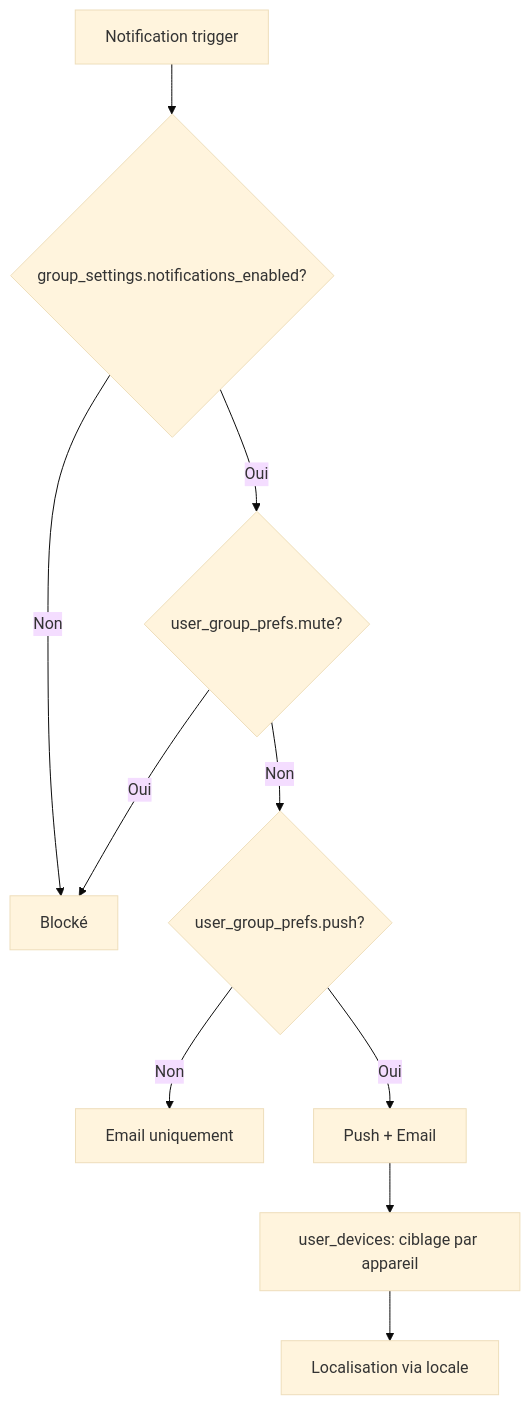
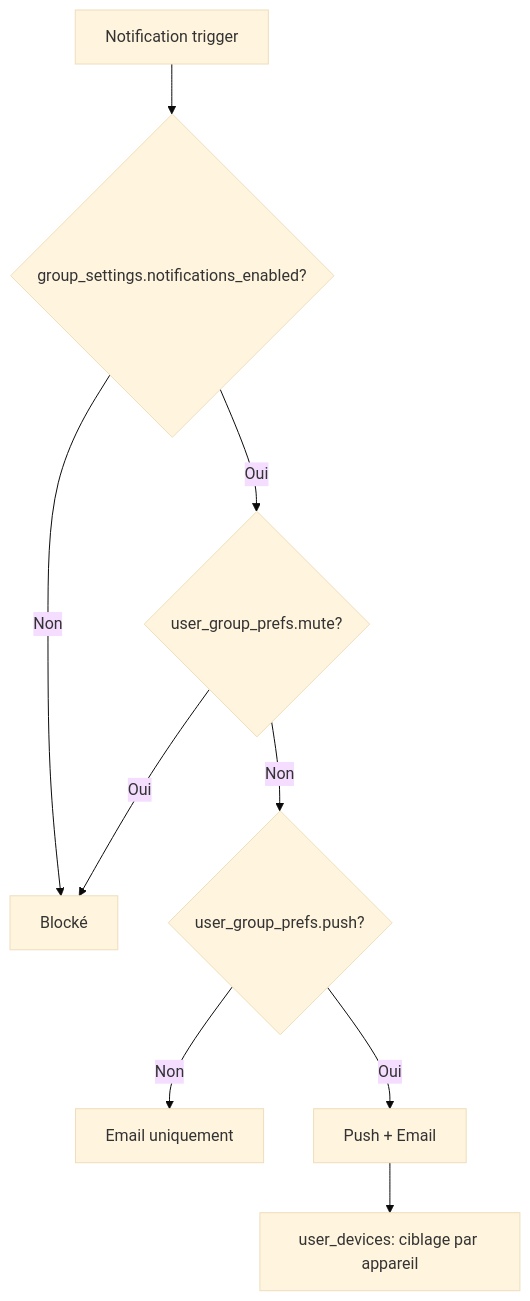
The fourth of 5 diagrams in README.md (Adrien490/jimboa), drawn with Mermaid (base theme) before and after one commit. The commit also changed other lines of this file, not shown here.

````diff
--- a/README.md
+++ b/README.md
@@ -274,12 +247,11 @@
 ```mermaid
 flowchart TD
     A[Notification trigger] --> B{group_settings.notifications_enabled?}
     B -->|Non| C[Blocké]
     B -->|Oui| D{user_group_prefs.mute?}
     D -->|Oui| C
     D -->|Non| E{user_group_prefs.push?}
     E -->|Non| F[Email uniquement]
     E -->|Oui| G[Push + Email]
     G --> H[user_devices: ciblage par appareil]
-    H --> I[Localisation via locale]
 ```
````
